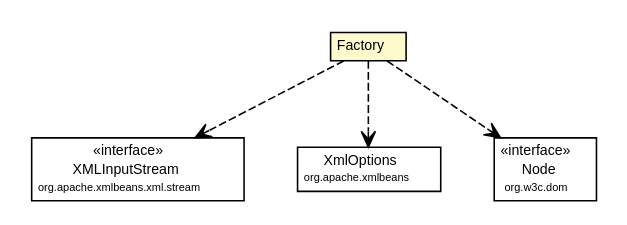
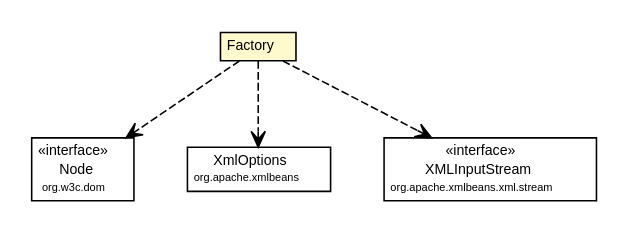
Before and after one commit to synchronoss/cpo-util: the diagram in site/apidocs/org/synchronoss/cpo/util/cpoUtilConfig/CtCustomClasspath.Factory.dot, drawn with Graphviz. The commit also changed 306 other files, not shown here.

Commit message:
Creating site for cpoUtil, 5.1.1-SNAPSHOT

```diff
--- a/site/apidocs/org/synchronoss/cpo/util/cpoUtilConfig/CtCustomClasspath.Factory.dot
+++ b/site/apidocs/org/synchronoss/cpo/util/cpoUtilConfig/CtCustomClasspath.Factory.dot
@@ -1,45 +1,45 @@
 #!/usr/local/bin/dot
 #
 # Class diagram 
 # Generated by UmlGraph version 4.6 (http://www.spinellis.gr/sw/umlgraph)
 #
 
 digraph G {
 	edge [fontname="Helvetica",fontsize=10,labelfontname="Helvetica",labelfontsize=10];
 	node [fontname="Helvetica",fontsize=10,shape=plaintext];
 	// org.synchronoss.cpo.util.cpoUtilConfig.CtCustomClasspath.Factory
 	c4993 [label=<<table border="0" cellborder="1" cellspacing="0" cellpadding="2" port="p" bgcolor="lemonChiffon" href="./CtCustomClasspath.Factory.html">
 		<tr><td><table border="0" cellspacing="0" cellpadding="1">
 			<tr><td> Factory </td></tr>
 		</table></td></tr>
 		</table>>, fontname="Helvetica", fontcolor="black", fontsize=9.0];
-	// org.synchronoss.cpo.util.cpoUtilConfig.CtCustomClasspath.Factory DEPEND org.apache.xmlbeans.xml.stream.XMLInputStream
+	// org.synchronoss.cpo.util.cpoUtilConfig.CtCustomClasspath.Factory DEPEND org.w3c.dom.Node
 	c4993:p -> c5006:p [taillabel="", label="", headlabel="", fontname="Helvetica", fontcolor="black", fontsize=10.0, color="black", arrowhead=open, style=dashed];
 	// org.synchronoss.cpo.util.cpoUtilConfig.CtCustomClasspath.Factory DEPEND org.apache.xmlbeans.XmlOptions
 	c4993:p -> c5007:p [taillabel="", label="", headlabel="", fontname="Helvetica", fontcolor="black", fontsize=10.0, color="black", arrowhead=open, style=dashed];
-	// org.synchronoss.cpo.util.cpoUtilConfig.CtCustomClasspath.Factory DEPEND org.w3c.dom.Node
+	// org.synchronoss.cpo.util.cpoUtilConfig.CtCustomClasspath.Factory DEPEND org.apache.xmlbeans.xml.stream.XMLInputStream
 	c4993:p -> c5008:p [taillabel="", label="", headlabel="", fontname="Helvetica", fontcolor="black", fontsize=10.0, color="black", arrowhead=open, style=dashed];
 	// org.apache.xmlbeans.xml.stream.XMLInputStream
-	c5006 [label=<<table border="0" cellborder="1" cellspacing="0" cellpadding="2" port="p" href="http://java.sun.com/j2se/1.4.2/docs/api/org/apache/xmlbeans/xml/stream/XMLInputStream.html">
+	c5008 [label=<<table border="0" cellborder="1" cellspacing="0" cellpadding="2" port="p" href="http://java.sun.com/j2se/1.4.2/docs/api/org/apache/xmlbeans/xml/stream/XMLInputStream.html">
 		<tr><td><table border="0" cellspacing="0" cellpadding="1">
 			<tr><td> &laquo;interface&raquo; </td></tr>
 			<tr><td> XMLInputStream </td></tr>
 			<tr><td><font point-size="7.0"> org.apache.xmlbeans.xml.stream </font></td></tr>
 		</table></td></tr>
 		</table>>, fontname="Helvetica", fontcolor="black", fontsize=9.0];
 	// org.w3c.dom.Node
-	c5008 [label=<<table border="0" cellborder="1" cellspacing="0" cellpadding="2" port="p" href="http://java.sun.com/j2se/1.4.2/docs/api/org/w3c/dom/Node.html">
+	c5006 [label=<<table border="0" cellborder="1" cellspacing="0" cellpadding="2" port="p" href="http://java.sun.com/j2se/1.4.2/docs/api/org/w3c/dom/Node.html">
 		<tr><td><table border="0" cellspacing="0" cellpadding="1">
 			<tr><td> &laquo;interface&raquo; </td></tr>
 			<tr><td> Node </td></tr>
 			<tr><td><font point-size="7.0"> org.w3c.dom </font></td></tr>
 		</table></td></tr>
 		</table>>, fontname="Helvetica", fontcolor="black", fontsize=9.0];
 	// org.apache.xmlbeans.XmlOptions
 	c5007 [label=<<table border="0" cellborder="1" cellspacing="0" cellpadding="2" port="p" href="http://java.sun.com/j2se/1.4.2/docs/api/org/apache/xmlbeans/XmlOptions.html">
 		<tr><td><table border="0" cellspacing="0" cellpadding="1">
 			<tr><td> XmlOptions </td></tr>
 			<tr><td><font point-size="7.0"> org.apache.xmlbeans </font></td></tr>
 		</table></td></tr>
 		</table>>, fontname="Helvetica", fontcolor="black", fontsize=9.0];
 }
```
